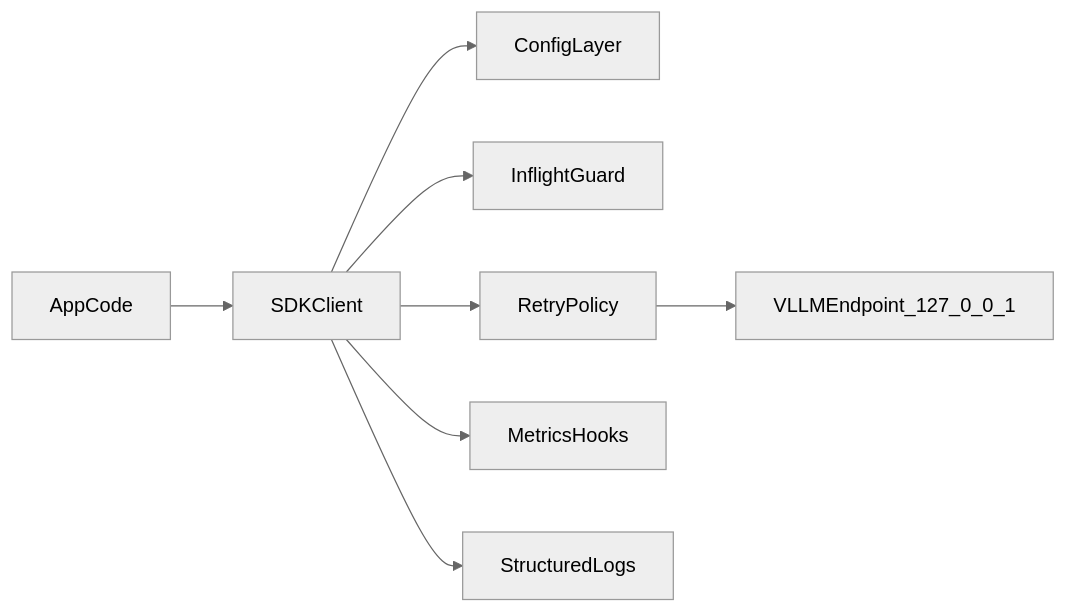
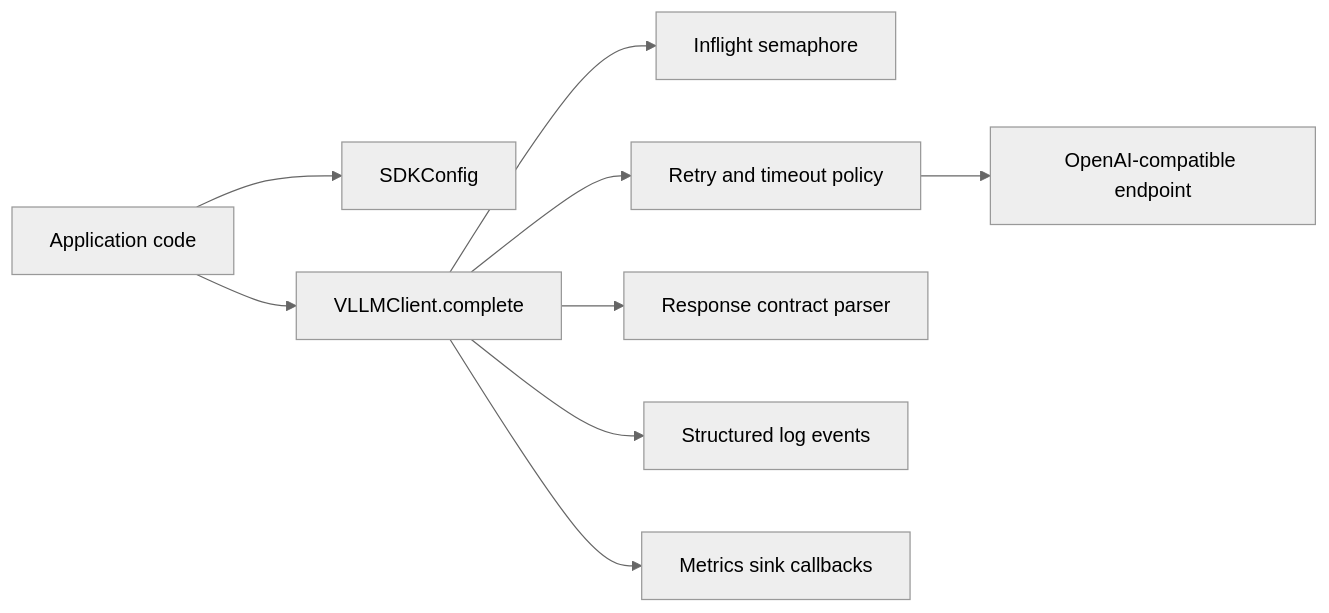
Before and after one commit to dreyna001/llm_notable_analysis: the diagram in onprem-llm-sdk/docs/ARCHITECTURE.md, drawn with Mermaid (neutral theme). The commit also changed other lines of this file and 16 other files, not shown here.

````diff
--- a/onprem-llm-sdk/docs/ARCHITECTURE.md
+++ b/onprem-llm-sdk/docs/ARCHITECTURE.md
@@ -14,10 +30,11 @@
 ```mermaid
 flowchart LR
-    AppCode[AppCode] --> SDKClient[SDKClient]
-    SDKClient --> ConfigLayer[ConfigLayer]
-    SDKClient --> InflightGuard[InflightGuard]
-    SDKClient --> RetryPolicy[RetryPolicy]
-    RetryPolicy --> VLLMEndpoint[VLLMEndpoint_127_0_0_1]
-    SDKClient --> MetricsHooks[MetricsHooks]
-    SDKClient --> StructuredLogs[StructuredLogs]
+    App[Application code] --> Config[SDKConfig]
+    App --> Client[VLLMClient.complete]
+    Client --> Guard[Inflight semaphore]
+    Client --> Retry[Retry and timeout policy]
+    Retry --> Endpoint[OpenAI-compatible endpoint]
+    Client --> Parse[Response contract parser]
+    Client --> Logs[Structured log events]
+    Client --> Metrics[Metrics sink callbacks]
 ```
````
